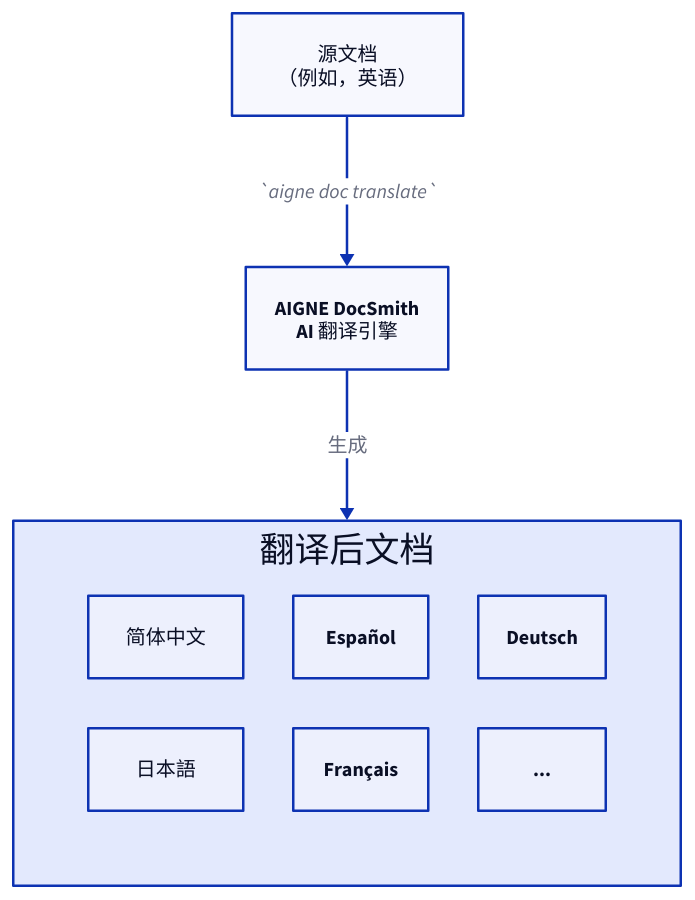
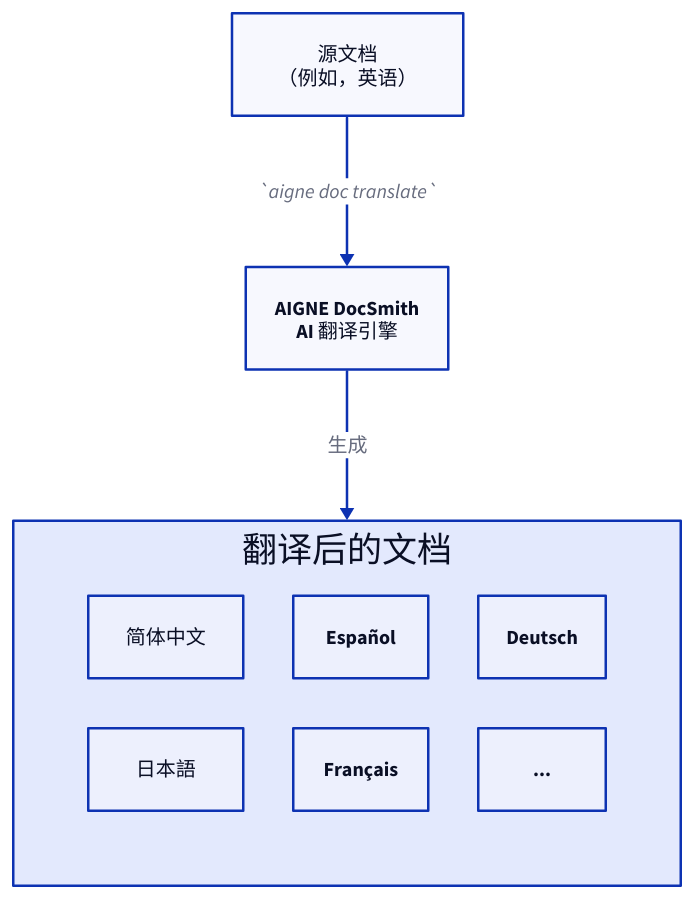
One commit to AIGNE-io/aigne-doc-smith changed the diagram in docs/configuration-language-support.zh.md. Above: the diagram before and after it, drawn with D2. The commit also changed other lines of this file and 27 other files, not shown here.

````diff
--- a/docs/configuration-language-support.zh.md
+++ b/docs/configuration-language-support.zh.md
@@ -7,29 +7,29 @@
 ```d2
 direction: down
 
 Source-Doc: {
   label: "源文档\n（例如，英语）"
   shape: rectangle
 }
 
 AI-Engine: {
   label: "AIGNE DocSmith\nAI 翻译引擎"
   shape: rectangle
 }
 
 Translated-Docs: {
-  label: "翻译后文档"
+  label: "翻译后的文档"
   shape: rectangle
   grid-columns: 3
 
   zh: "简体中文"
   ja: "日本語"
   es: "Español"
   fr: "Français"
   de: "Deutsch"
   more: "..."
 }
 
 Source-Doc -> AI-Engine: "`aigne doc translate`"
 AI-Engine -> Translated-Docs: "生成"
 ```
````
